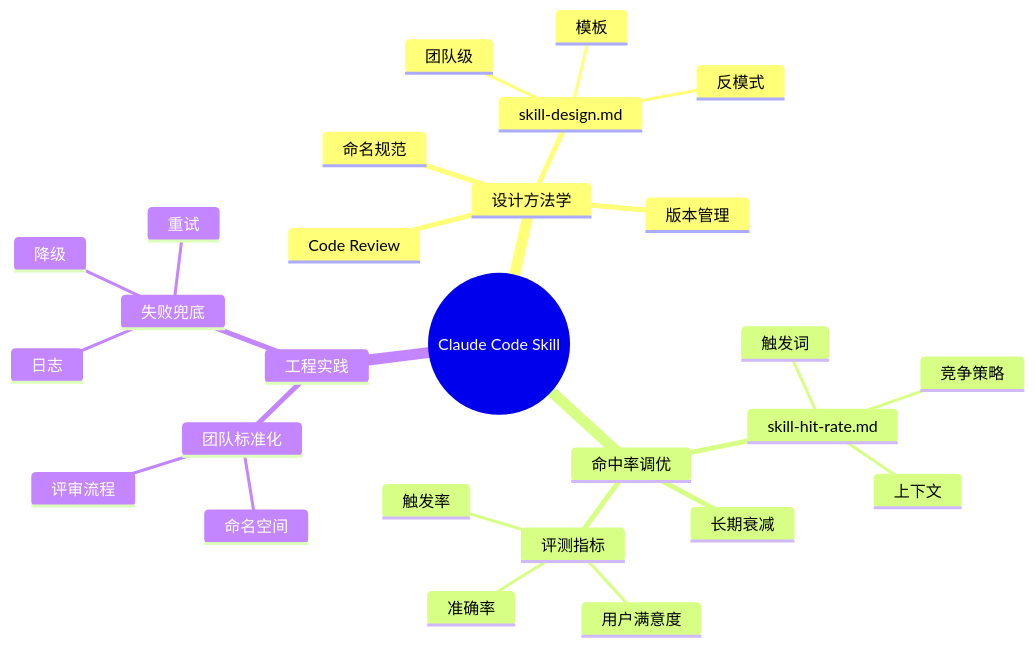
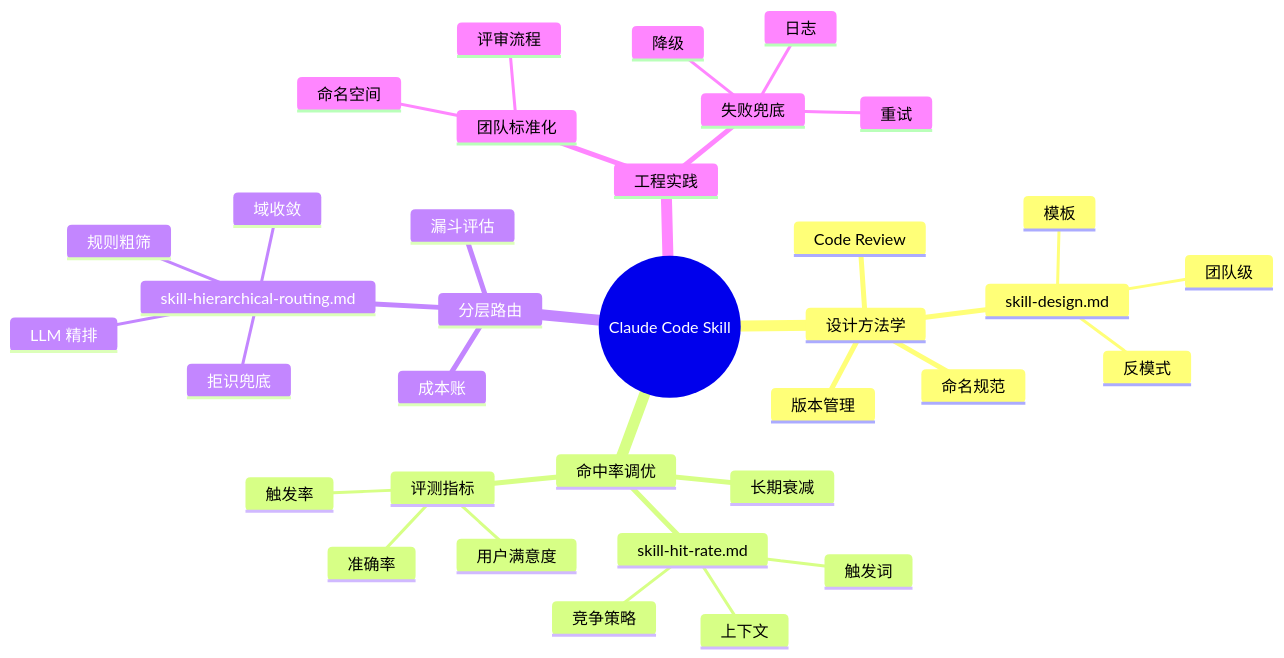
The diagram in 09.ai-applications/agent/coding-agents/claude-code-practices/README.md (wb04307201/note), drawn with Mermaid before and after one commit. The commit also changed other lines of this file and 3 other files, not shown here.

First line of the commit message:
feat(09.ai-applications): agent - 新增'Skill 分层路由'深度篇

````diff
--- a/09.ai-applications/agent/coding-agents/claude-code-practices/README.md
+++ b/09.ai-applications/agent/coding-agents/claude-code-practices/README.md
@@ -79,30 +80,38 @@
 ```mermaid
 mindmap
   root((Claude Code Skill))
     设计方法学
       skill-design.md
         模板
         反模式
         团队级
       命名规范
       版本管理
       Code Review
     命中率调优
       skill-hit-rate.md
         触发词
         上下文
         竞争策略
       评测指标
         触发率
         准确率
         用户满意度
       长期衰减
+    分层路由
+      skill-hierarchical-routing.md
+        规则粗筛
+        域收敛
+        LLM 精排
+        拒识兜底
+      漏斗评估
+      成本账
     工程实践
       团队标准化
         命名空间
         评审流程
       失败兜底
         重试
         降级
         日志
 ```
````
